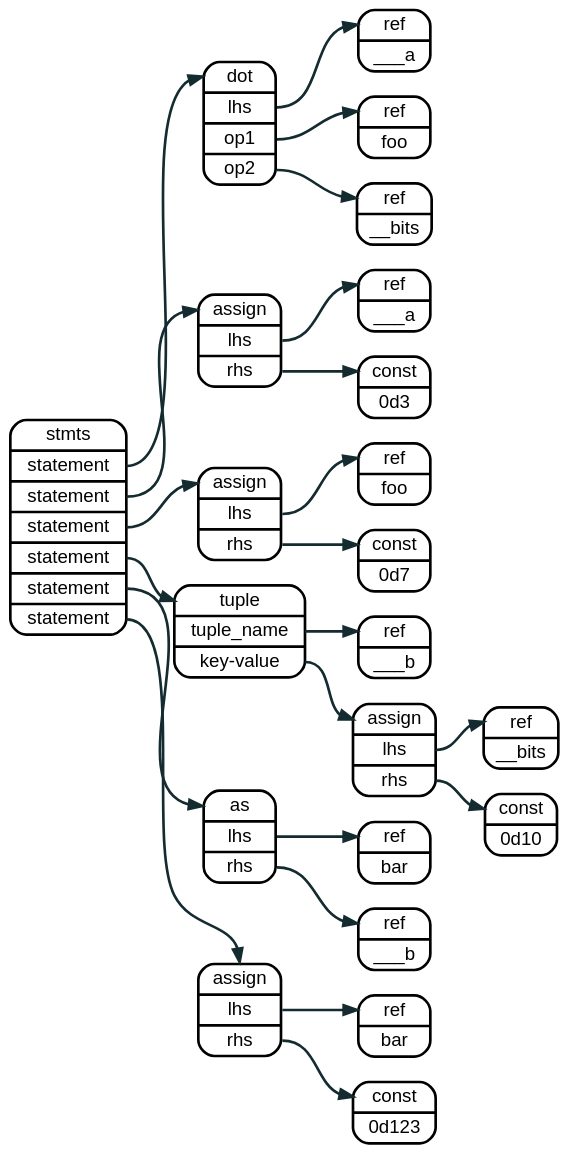
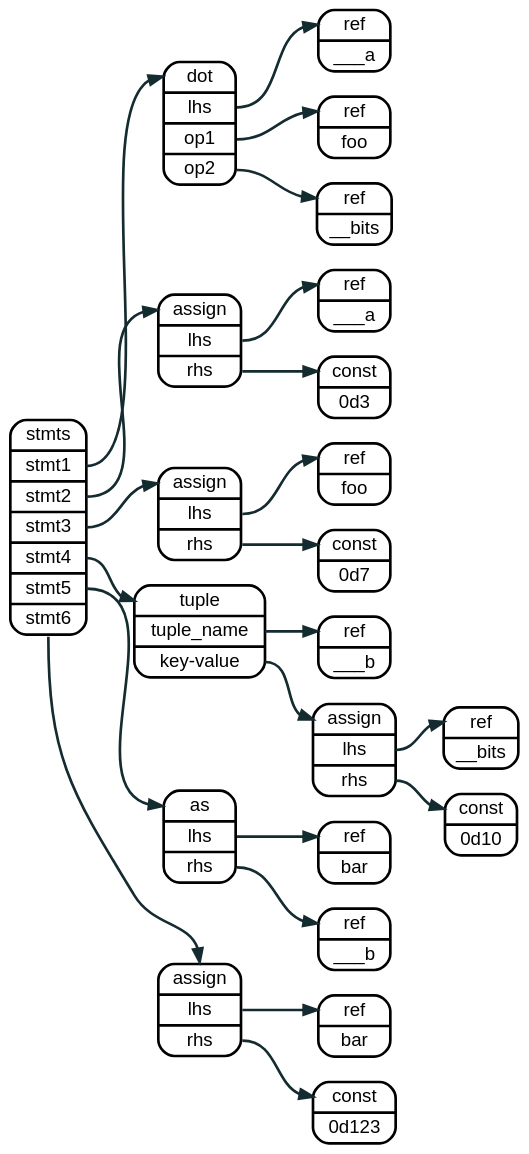
Before and after one commit to sakshi15108/lnast-doc: the diagram in source/graphviz/attribute.dot, drawn with Graphviz. The commit also changed 29 other files, not shown here.

```diff
--- a/source/graphviz/attribute.dot
+++ b/source/graphviz/attribute.dot
@@ -1,70 +1,70 @@
 digraph assign {
   rankdir=LR
   bgcolor="transparent"
 
   node  [fontname = "helvetica", shape=record, style="rounded", penwidth = 2];
   edge  [fontname = "helvetica", color="#142b30", arrowhead="normal", penwidth = 2];
   graph [fontname = "helvetica"];
 
-  
 
-  node_0 [label = "<a> stmts | <s1> statement | <s2> statement | <s3> statement | <s4> statement | <s5> statement | <s6> statement"];
+
+  node_0 [label = "<a> stmts | <s1> stmt1 | <s2> stmt2 | <s3> stmt3 | <s4> stmt4 | <s5> stmt5 | <s6> stmt6"];
 
   node_2 [label = "<a> dot | <l> lhs | <r1> op1 | <r2> op2 "];
   node_3 [label = "<a> ref   | <l> ___a"];
   node_4 [label = "<a> ref   | <l> foo"];
   node_5 [label = "<a> ref   | <l> __bits"];
 
   node_6 [label = "<a> assign | <l> lhs  | <r> rhs"];
   node_7 [label = "<a> ref   | <l> ___a"];
   node_8 [label = "<a> const | <l> 0d3"];
 
   node_9 [label = "<a> assign | <l> lhs  | <r> rhs"];
   node_a [label = "<a> ref   | <l> foo"];
   node_b [label = "<a> const | <l> 0d7"];
 
   node_c [label = "<a> tuple   | <n> tuple_name | <kv1> key-value"]
   node_d [label = "<a> ref   | <l> ___b"];
 
   node_e [label = "<a> assign | <l> lhs  | <r> rhs"];
   node_f [label = "<a> ref   | <l> __bits"];
   node_g [label = "<a> const | <l> 0d10"];
 
   node_h [label = "<a> as     | <l> lhs  | <r> rhs"];
   node_i [label = "<a> ref    | <l> bar"];
   node_j [label = "<a> ref    | <l> ___b"];
 
 
   node_k [label = "<a> assign | <l> lhs  | <r> rhs"];
   node_l [label = "<a> ref   | <l> bar"];
   node_m [label = "<a> const   | <l> 0d123"];
 
   node_0:s1  -> node_2:a
   node_0:s2  -> node_6:a;
   node_0:s3  -> node_9:a;
   node_0:s4  -> node_c:a;
   node_0:s5  -> node_h:a;
   node_0:s6  -> node_k:a;
 
   node_2:l   -> node_3:a;
   node_2:r1  -> node_4:a;
   node_2:r2  -> node_5:a;
 
   node_6:l   -> node_7:a;
   node_6:r   -> node_8:a;
 
   node_9:l   -> node_a:a;
   node_9:r   -> node_b:a;
-  
+
   node_c:n   -> node_d:a;
   node_c:kv1 -> node_e:a;
 
   node_e:l   -> node_f:a;
   node_e:r   -> node_g:a;
-  
+
   node_h:l   -> node_i:a;
   node_h:r   -> node_j:a;
 
   node_k:l   -> node_l:a;
   node_k:r   -> node_m:a;
   }
```
